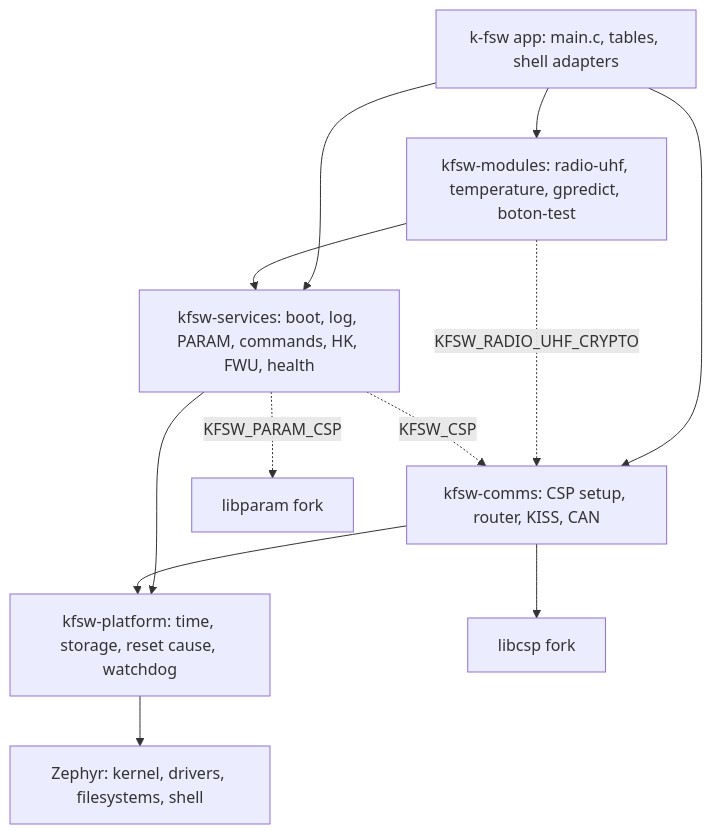
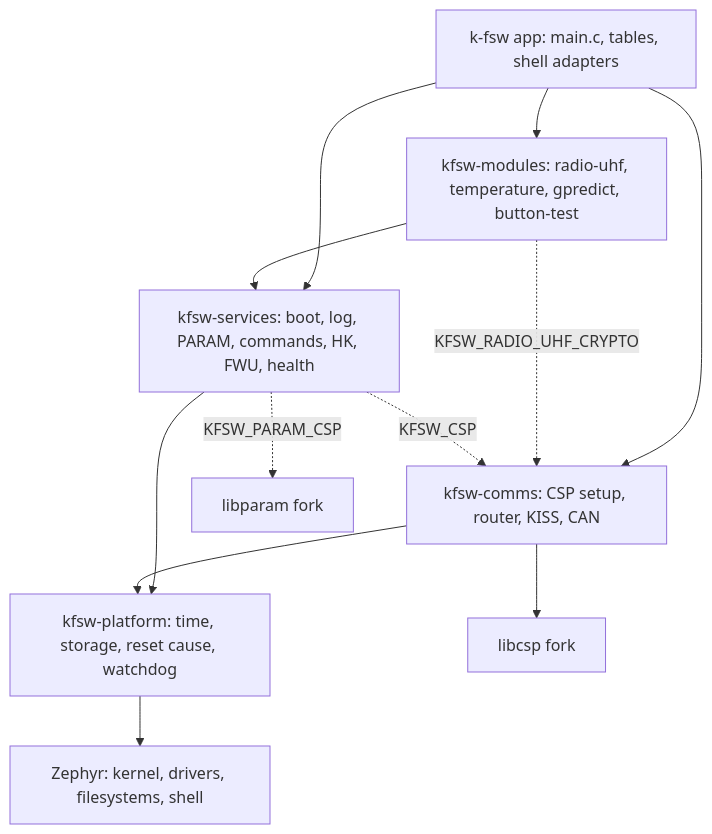
One commit to dgonzalez97/k-fsw changed the first of 2 diagrams in docs/architecture/index.md. Above: the diagram before and after it, drawn with Mermaid. The commit also changed other lines of this file and 26 other files, not shown here.

Commit message:
[COMPOSE] The button-test name in the composition, tests and docs

````diff
--- a/docs/architecture/index.md
+++ b/docs/architecture/index.md
@@ -32,23 +32,23 @@
 ```mermaid
 flowchart TB
     APP["k-fsw app: main.c, tables, shell adapters"]
-    MOD["kfsw-modules: radio-uhf, temperature, gpredict, boton-test"]
+    MOD["kfsw-modules: radio-uhf, temperature, gpredict, button-test"]
     SVC["kfsw-services: boot, log, PARAM, commands, HK, FWU, health"]
     COMMS["kfsw-comms: CSP setup, router, KISS, CAN"]
     PLAT["kfsw-platform: time, storage, reset cause, watchdog"]
     LIBPARAM["libparam fork"]
     LIBCSP["libcsp fork"]
     ZEPHYR["Zephyr: kernel, drivers, filesystems, shell"]
 
     APP --> MOD
     APP --> SVC
     APP --> COMMS
     MOD --> SVC
     MOD -. KFSW_RADIO_UHF_CRYPTO .-> COMMS
     SVC -. KFSW_CSP .-> COMMS
     SVC -. KFSW_PARAM_CSP .-> LIBPARAM
     SVC --> PLAT
     COMMS --> LIBCSP
     COMMS --> PLAT
     PLAT --> ZEPHYR
 ```
````
